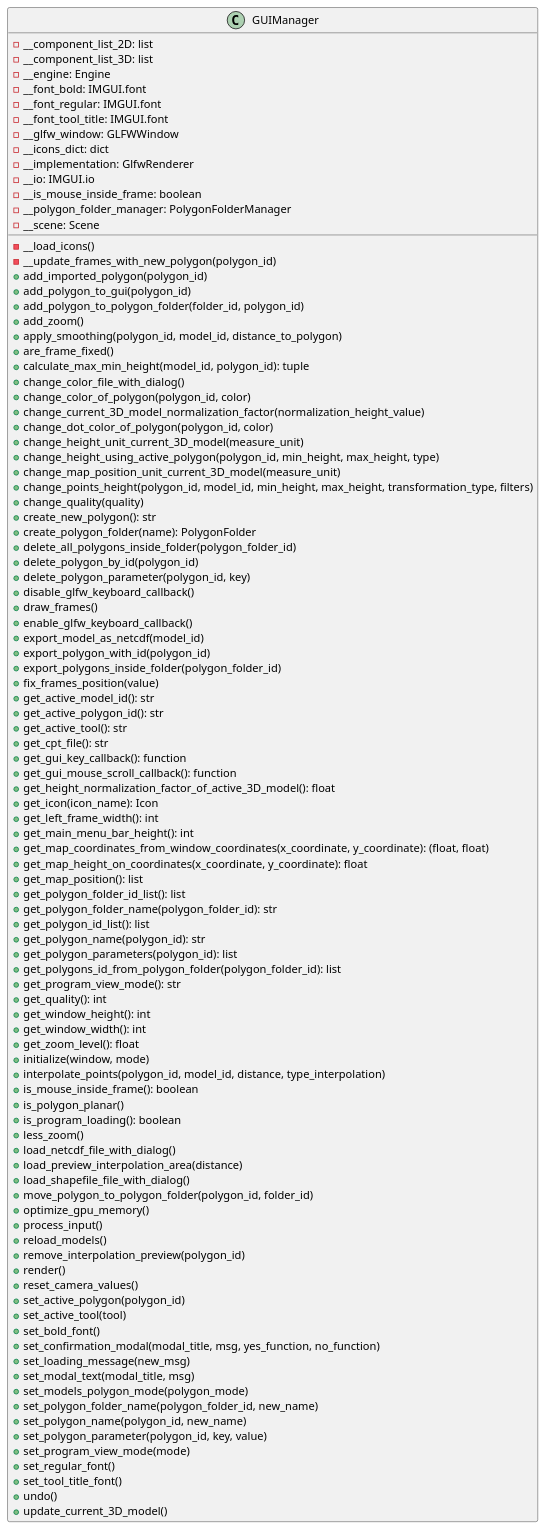
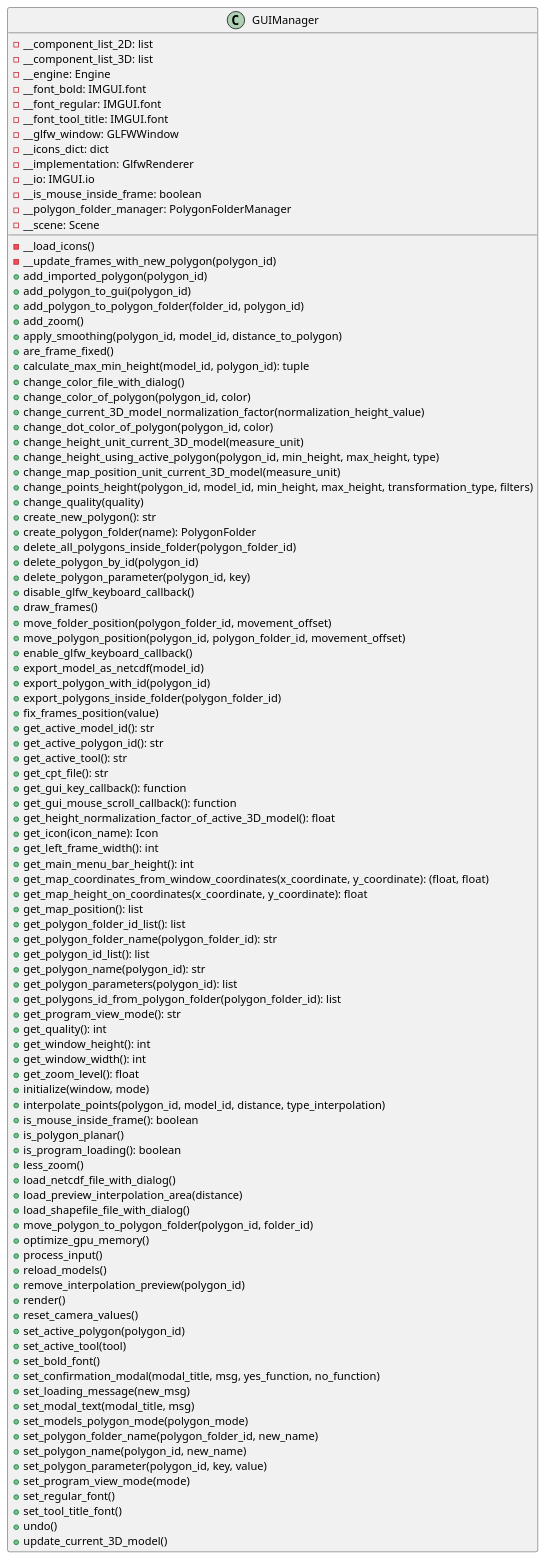
Before and after one commit to ferpoble2/Relief_Creator: the diagram in docs/classes/GUIManager.puml, drawn with PlantUML. The commit also changed 1 other file, not shown here.

Commit message:
Added methods move_folder_position and move_polygon_position to the GUIManager class

```diff
--- a/docs/classes/GUIManager.puml
+++ b/docs/classes/GUIManager.puml
@@ -1,104 +1,106 @@
 @startuml
 'https://plantuml.com/class-diagram
 class GUIManager{
     - __component_list_2D: list
     - __component_list_3D: list
     - __engine: Engine
     - __font_bold: IMGUI.font
     - __font_regular: IMGUI.font
     - __font_tool_title: IMGUI.font
     - __glfw_window: GLFWWindow
     - __icons_dict: dict
     - __implementation: GlfwRenderer
     - __io: IMGUI.io
     - __is_mouse_inside_frame: boolean
     - __polygon_folder_manager: PolygonFolderManager
     - __scene: Scene
 
     - __load_icons()
     - __update_frames_with_new_polygon(polygon_id)
     + add_imported_polygon(polygon_id)
     + add_polygon_to_gui(polygon_id)
     + add_polygon_to_polygon_folder(folder_id, polygon_id)
     + add_zoom()
     + apply_smoothing(polygon_id, model_id, distance_to_polygon)
     + are_frame_fixed()
     + calculate_max_min_height(model_id, polygon_id): tuple
     + change_color_file_with_dialog()
     + change_color_of_polygon(polygon_id, color)
     + change_current_3D_model_normalization_factor(normalization_height_value)
     + change_dot_color_of_polygon(polygon_id, color)
     + change_height_unit_current_3D_model(measure_unit)
     + change_height_using_active_polygon(polygon_id, min_height, max_height, type)
     + change_map_position_unit_current_3D_model(measure_unit)
     + change_points_height(polygon_id, model_id, min_height, max_height, transformation_type, filters)
     + change_quality(quality)
     + create_new_polygon(): str
     + create_polygon_folder(name): PolygonFolder
     + delete_all_polygons_inside_folder(polygon_folder_id)
     + delete_polygon_by_id(polygon_id)
     + delete_polygon_parameter(polygon_id, key)
     + disable_glfw_keyboard_callback()
     + draw_frames()
+    + move_folder_position(polygon_folder_id, movement_offset)
+    + move_polygon_position(polygon_id, polygon_folder_id, movement_offset)
     + enable_glfw_keyboard_callback()
     + export_model_as_netcdf(model_id)
     + export_polygon_with_id(polygon_id)
     + export_polygons_inside_folder(polygon_folder_id)
     + fix_frames_position(value)
     + get_active_model_id(): str
     + get_active_polygon_id(): str
     + get_active_tool(): str
     + get_cpt_file(): str
     + get_gui_key_callback(): function
     + get_gui_mouse_scroll_callback(): function
     + get_height_normalization_factor_of_active_3D_model(): float
     + get_icon(icon_name): Icon
     + get_left_frame_width(): int
     + get_main_menu_bar_height(): int
     + get_map_coordinates_from_window_coordinates(x_coordinate, y_coordinate): (float, float)
     + get_map_height_on_coordinates(x_coordinate, y_coordinate): float
     + get_map_position(): list
     + get_polygon_folder_id_list(): list
     + get_polygon_folder_name(polygon_folder_id): str
     + get_polygon_id_list(): list
     + get_polygon_name(polygon_id): str
     + get_polygon_parameters(polygon_id): list
     + get_polygons_id_from_polygon_folder(polygon_folder_id): list
     + get_program_view_mode(): str
     + get_quality(): int
     + get_window_height(): int
     + get_window_width(): int
     + get_zoom_level(): float
     + initialize(window, mode)
     + interpolate_points(polygon_id, model_id, distance, type_interpolation)
     + is_mouse_inside_frame(): boolean
     + is_polygon_planar()
     + is_program_loading(): boolean
     + less_zoom()
     + load_netcdf_file_with_dialog()
     + load_preview_interpolation_area(distance)
     + load_shapefile_file_with_dialog()
     + move_polygon_to_polygon_folder(polygon_id, folder_id)
     + optimize_gpu_memory()
     + process_input()
     + reload_models()
     + remove_interpolation_preview(polygon_id)
     + render()
     + reset_camera_values()
     + set_active_polygon(polygon_id)
     + set_active_tool(tool)
     + set_bold_font()
     + set_confirmation_modal(modal_title, msg, yes_function, no_function)
     + set_loading_message(new_msg)
     + set_modal_text(modal_title, msg)
     + set_models_polygon_mode(polygon_mode)
     + set_polygon_folder_name(polygon_folder_id, new_name)
     + set_polygon_name(polygon_id, new_name)
     + set_polygon_parameter(polygon_id, key, value)
     + set_program_view_mode(mode)
     + set_regular_font()
     + set_tool_title_font()
     + undo()
     + update_current_3D_model()
 }
 @enduml
```
